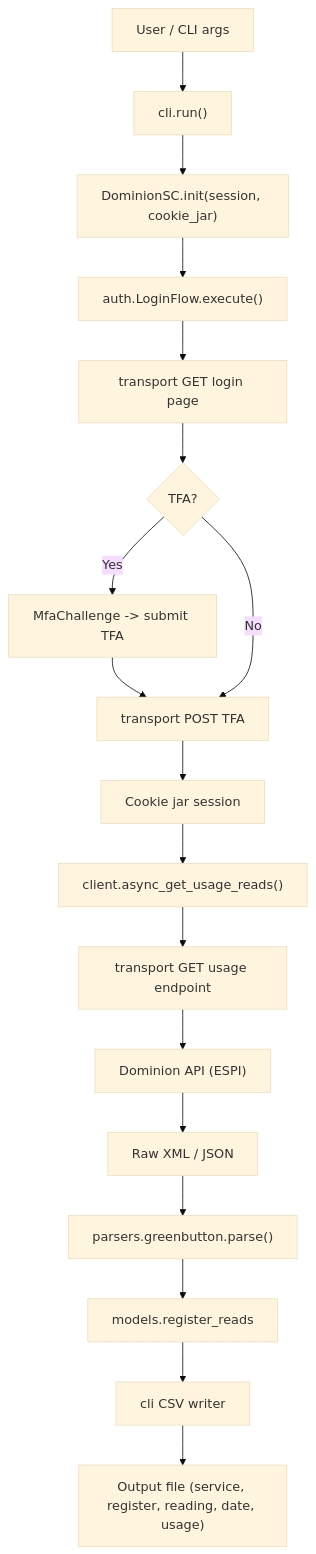
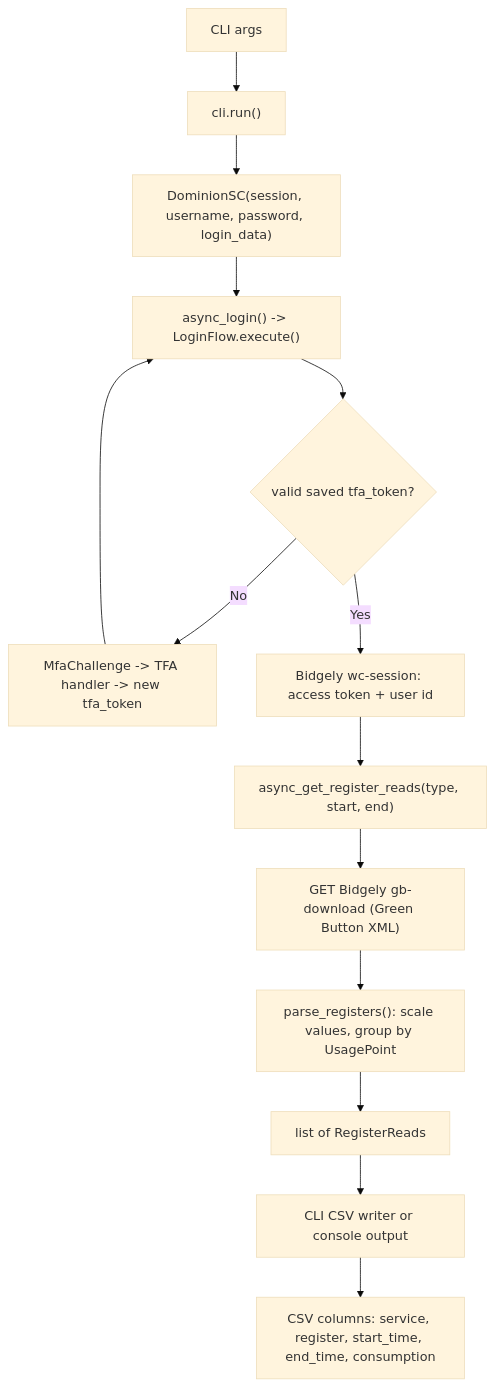
One commit to hype8912/dominion-sc-power changed the second of 2 diagrams in docs/architecture/03-data-flow.md. Above: the diagram before and after it, drawn with Mermaid (base theme). The commit also changed other lines of this file and 20 other files, not shown here.

````diff
--- a/docs/architecture/03-data-flow.md
+++ b/docs/architecture/03-data-flow.md
@@ -50,20 +53,16 @@
 ```mermaid
 flowchart TD
-    A["User / CLI args"] --> B["cli.run()"]
-    B --> C["DominionSC.init(session, cookie_jar)"]
-    C --> D["auth.LoginFlow.execute()"]
-    D --> E["transport GET login page"]
-    E --> F{"TFA?"}
-    F -- Yes --> G["MfaChallenge -> submit TFA"]
-    G --> H["transport POST TFA"]
-    F -- No --> H
-    H --> I["Cookie jar session"]
-    I --> J["client.async_get_usage_reads()"]
-    J --> K["transport GET usage endpoint"]
-    K --> L["Dominion API (ESPI)"]
-    L --> M["Raw XML / JSON"]
-    M --> N["parsers.greenbutton.parse()"]
-    N --> O["models.register_reads"]
-    O --> P["cli CSV writer"]
-    P --> Q["Output file (service, register, reading, date, usage)"]
+    A["CLI args"] --> B["cli.run()"]
+    B --> C["DominionSC(session, username, password, login_data)"]
+    C --> D["async_login() -> LoginFlow.execute()"]
+    D --> E{"valid saved tfa_token?"}
+    E -- No --> F["MfaChallenge -> TFA handler -> new tfa_token"]
+    F --> D
+    E -- Yes --> G["Bidgely wc-session: access token + user id"]
+    G --> H["async_get_register_reads(type, start, end)"]
+    H --> I["GET Bidgely gb-download (Green Button XML)"]
+    I --> J["parse_registers(): scale values, group by UsagePoint"]
+    J --> K["list of RegisterReads"]
+    K --> L["CLI CSV writer or console output"]
+    L --> M["CSV columns: service, register, start_time, end_time, consumption"]
 ```
````
